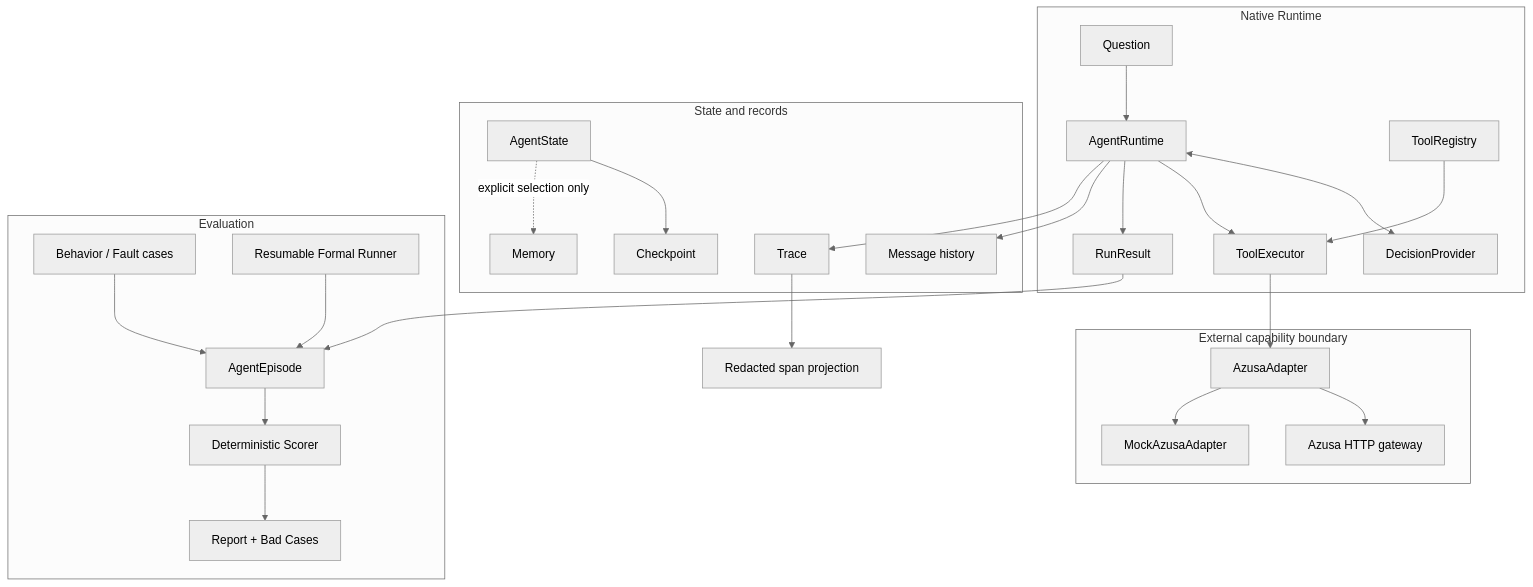
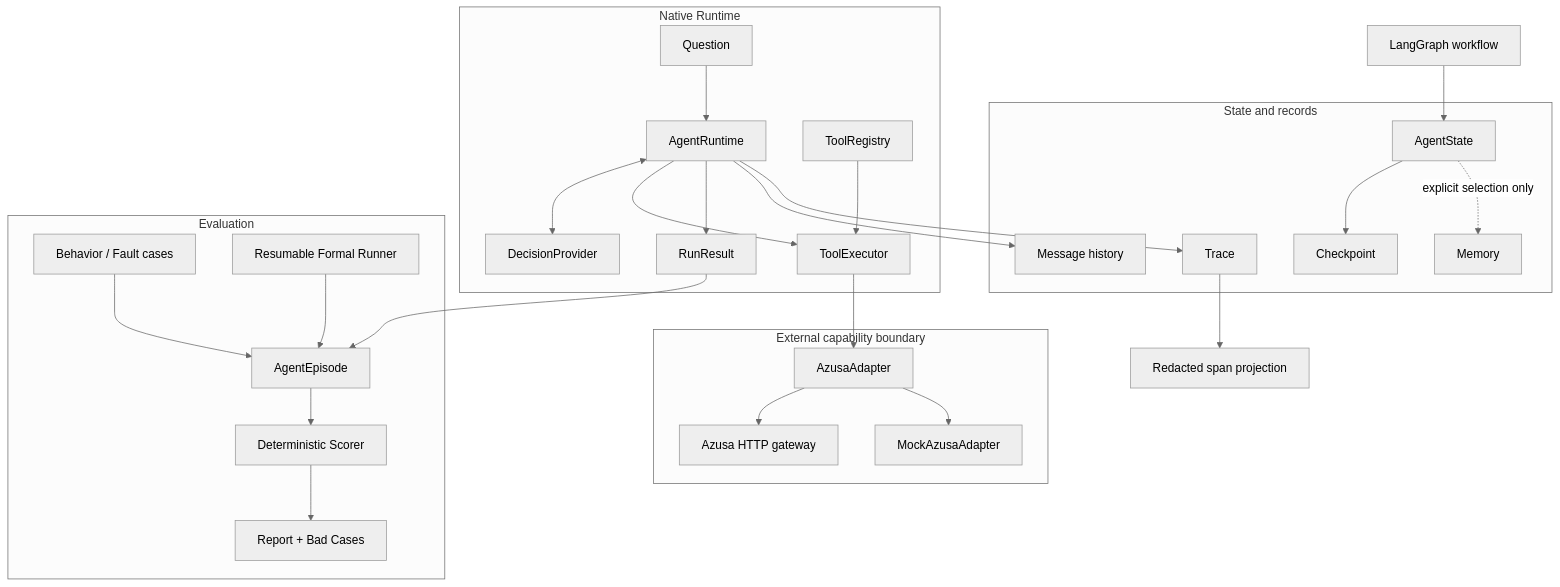
The first of 5 diagrams in docs/portfolio/architecture.md (Gianna-Lynn/Kaiji), drawn with Mermaid (neutral theme) before and after one commit. The commit also changed other lines of this file and 7 other files, not shown here.

````diff
--- a/docs/portfolio/architecture.md
+++ b/docs/portfolio/architecture.md
@@ -8,50 +8,51 @@
 ```mermaid
 flowchart TB
     subgraph Runtime[Native Runtime]
         Q[Question]
         DP[DecisionProvider]
         AR[AgentRuntime]
         TR[ToolRegistry]
         TE[ToolExecutor]
         RR[RunResult]
         Q --> AR
         AR <--> DP
         AR --> TE
         TR --> TE
         AR --> RR
     end
 
     subgraph Boundary[External capability boundary]
         AZ[AzusaAdapter]
         HTTP[Azusa HTTP gateway]
         MOCK[MockAzusaAdapter]
         TE --> AZ
         AZ --> HTTP
         AZ --> MOCK
     end
 
     subgraph State[State and records]
         MSG[Message history]
         AS[AgentState]
         CP[Checkpoint]
         MEM[Memory]
         TRACE[Trace]
     end
 
     subgraph Eval[Evaluation]
         CASE[Behavior / Fault cases]
         EP[AgentEpisode]
         SCORE[Deterministic Scorer]
         REPORT[Report + Bad Cases]
         FORMAL[Resumable Formal Runner]
         CASE --> EP --> SCORE --> REPORT
         FORMAL --> EP
     end
 
     AR --> MSG
     AR --> TRACE
     TRACE --> SPAN[Redacted span projection]
     RR --> EP
+    LG[LangGraph workflow] --> AS
     AS --> CP
     AS -. explicit selection only .-> MEM
 ```
````
